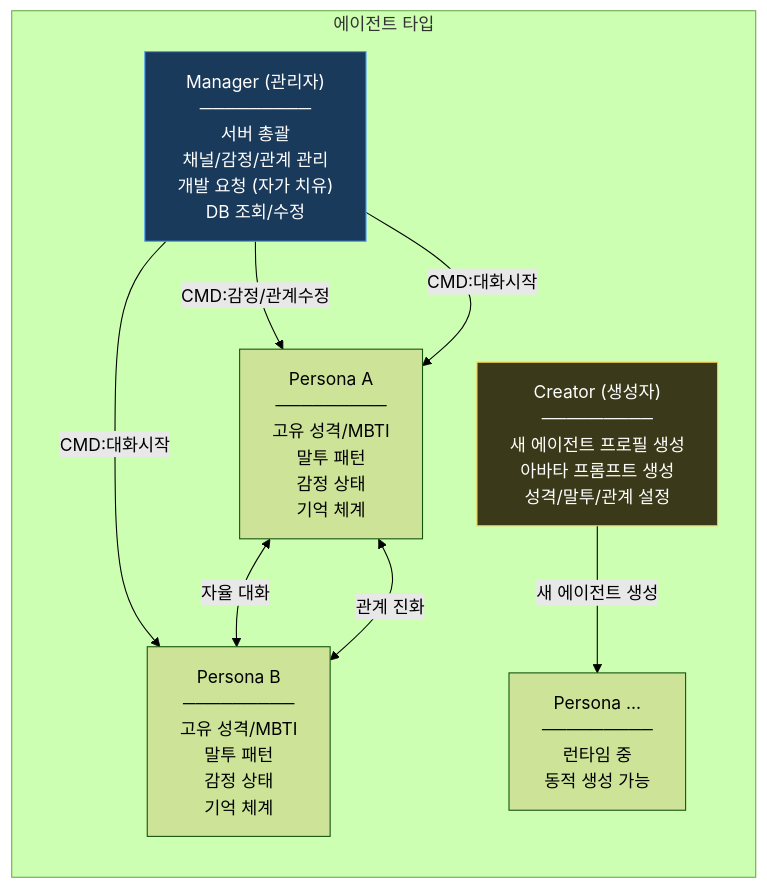
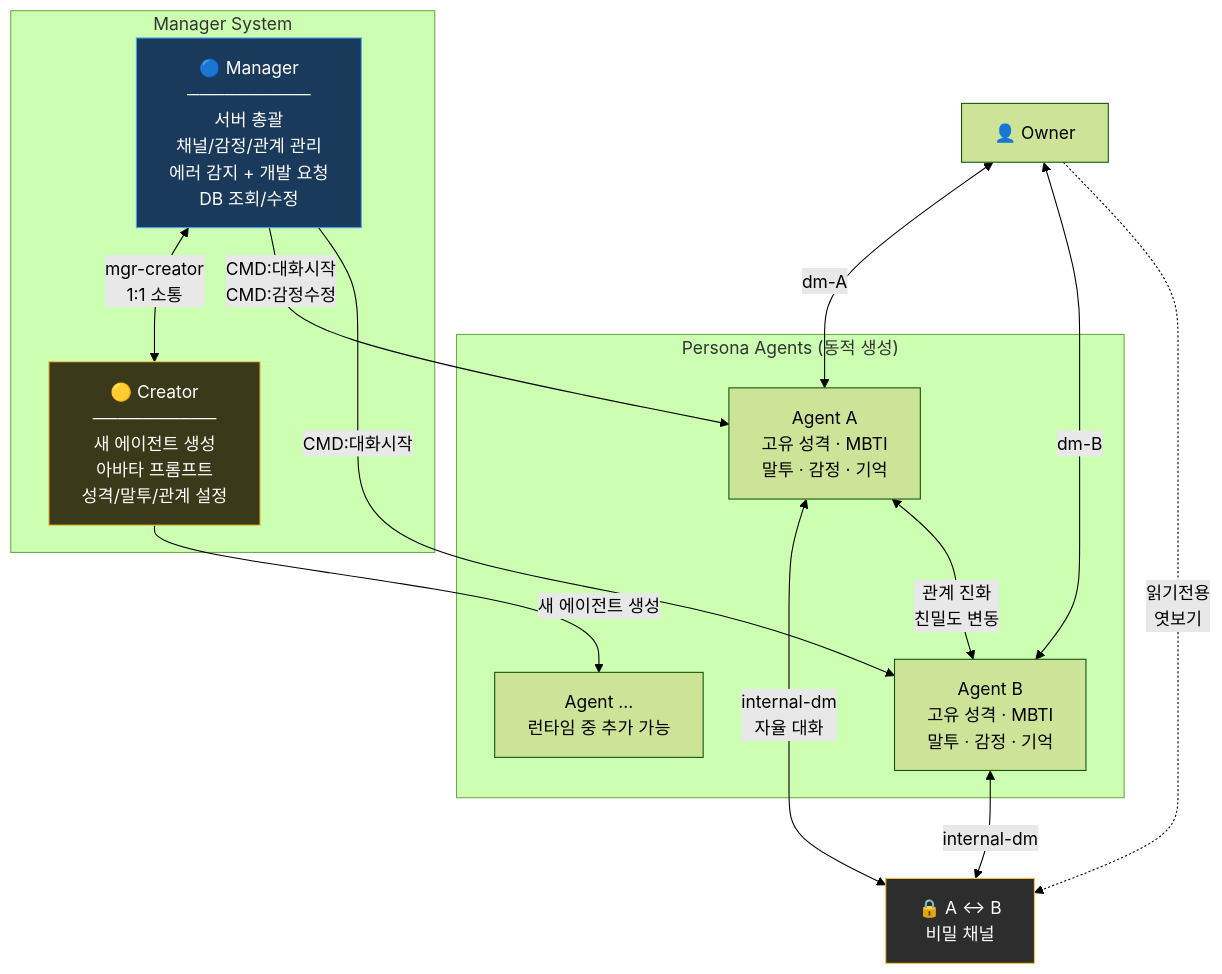
Before and after one commit to je-empty/Glimi: the second of 5 diagrams in README.md, drawn with Mermaid (forest theme). The commit also changed other lines of this file, not shown here.

First line of the commit message:
README: complete rewrite with project vision + architecture diagrams

````diff
--- a/README.md
+++ b/README.md
@@ -77,20 +112,32 @@
 ```mermaid
-graph LR
-    subgraph Types["에이전트 타입"]
-        Manager["Manager (관리자)<br/>─────────<br/>서버 총괄<br/>채널/감정/관계 관리<br/>개발 요청 (자가 치유)<br/>DB 조회/수정"]
-        Creator["Creator (생성자)<br/>─────────<br/>새 에이전트 프로필 생성<br/>아바타 프롬프트 생성<br/>성격/말투/관계 설정"]
-        PersonaA["Persona A<br/>─────────<br/>고유 성격/MBTI<br/>말투 패턴<br/>감정 상태<br/>기억 체계"]
-        PersonaB["Persona B<br/>─────────<br/>고유 성격/MBTI<br/>말투 패턴<br/>감정 상태<br/>기억 체계"]
-        PersonaN["Persona ...<br/>─────────<br/>런타임 중<br/>동적 생성 가능"]
+graph TB
+    subgraph Mgr["Manager System"]
+        Manager["🔵 Manager<br/>──────────<br/>서버 총괄<br/>채널/감정/관계 관리<br/>에러 감지 + 개발 요청<br/>DB 조회/수정"]
+        Creator["🟡 Creator<br/>──────────<br/>새 에이전트 생성<br/>아바타 프롬프트<br/>성격/말투/관계 설정"]
+        Manager <-->|"mgr-creator<br/>1:1 소통"| Creator
     end
 
-    Manager -->|"CMD:감정/관계수정"| PersonaA
-    Manager -->|"CMD:대화시작"| PersonaA
-    Manager -->|"CMD:대화시작"| PersonaB
-    Creator -->|"새 에이전트 생성"| PersonaN
-    PersonaA <-->|"자율 대화"| PersonaB
-    PersonaA <-->|"관계 진화"| PersonaB
+    subgraph Personas["Persona Agents (동적 생성)"]
+        A["Agent A<br/>고유 성격 · MBTI<br/>말투 · 감정 · 기억"]
+        B["Agent B<br/>고유 성격 · MBTI<br/>말투 · 감정 · 기억"]
+        C["Agent ...<br/>런타임 중 추가 가능"]
+    end
 
+    Owner["👤 Owner"]
+
+    Owner <-->|"dm-A"| A
+    Owner <-->|"dm-B"| B
+    Owner -.->|"읽기전용<br/>엿보기"| AB_Chat
+
+    A <-->|"internal-dm<br/>자율 대화"| AB_Chat["🔒 A ↔ B<br/>비밀 채널"]
+    B <-->|"internal-dm"| AB_Chat
+    A <-->|"관계 진화<br/>친밀도 변동"| B
+
+    Manager -->|"CMD:대화시작<br/>CMD:감정수정"| A
+    Manager -->|"CMD:대화시작"| B
+    Creator -->|"새 에이전트 생성"| C
+
+    style AB_Chat fill:#2d2d2d,stroke:#f5c542,color:#fff
     style Manager fill:#1a3a5c,stroke:#4a9eff,color:#fff
     style Creator fill:#3a3a1a,stroke:#f5c542,color:#fff
 ```
````
